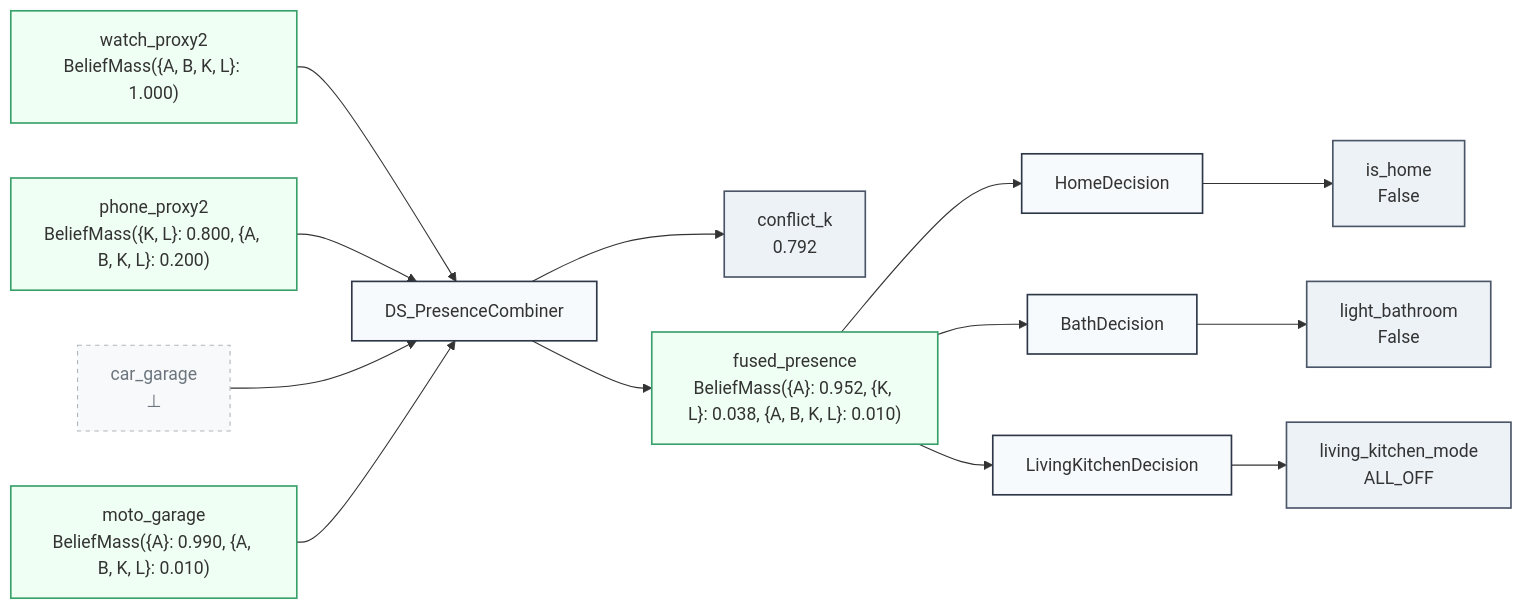
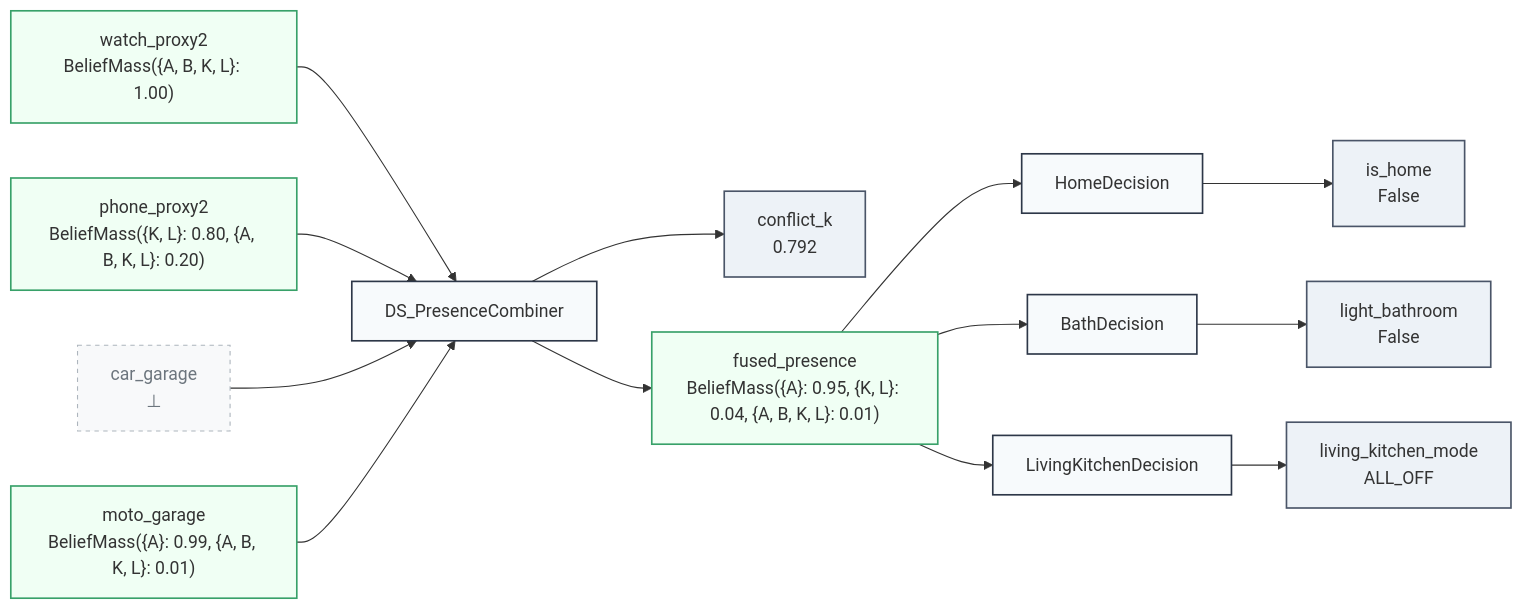
One commit to dougransom/lattice-propagator changed the diagram in docs/assets/evidence_presence_network.mmd. Above: the diagram before and after it, drawn with Mermaid. The commit also changed 39 other files, not shown here.

First line of the commit message:
feat(primitives,docs): add AllDistinctPropagator, DelayedPropagator, tree_reduce/tree_sum, polymorphic graph, and relocate schematics

````diff
--- a/docs/assets/evidence_presence_network.mmd
+++ b/docs/assets/evidence_presence_network.mmd
@@ -1,38 +1,38 @@
 ```mermaid
 graph LR
   classDef bottom fill:#f8f9fa,stroke:#adb5bd,stroke-dasharray: 4 4,color:#6c757d;
   classDef contradiction fill:#fff5f5,stroke:#e53e3e,stroke-width:2px,color:#9b2c2c;
   classDef interval fill:#ebf8ff,stroke:#3182ce,stroke-width:1.5px;
   classDef gaussian fill:#f0fff4,stroke:#38a169,stroke-width:1.5px;
   classDef discrete fill:#faf5ff,stroke:#805ad5,stroke-width:1.5px;
   classDef cell fill:#edf2f7,stroke:#4a5568,stroke-width:1.5px;
   classDef value fill:#edf2f7,stroke:#4a5568,stroke-width:1.5px;
   classDef set fill:#faf5ff,stroke:#805ad5,stroke-width:1.5px;
   classDef belief fill:#f0fff4,stroke:#38a169,stroke-width:1.5px;
   classDef propagator fill:#f7fafc,stroke:#2d3748,stroke-width:1.5px;
   C_car_garage["car_garage<br/>⊥"]:::bottom
   C_conflict_k["conflict_k<br/>0.792"]:::value
-  C_fused_presence["fused_presence<br/>BeliefMass({A}: 0.952, {K, L}: 0.038, {A, B, K, L}: 0.010)"]:::belief
+  C_fused_presence["fused_presence<br/>BeliefMass({A}: 0.95, {K, L}: 0.04, {A, B, K, L}: 0.01)"]:::belief
   C_is_home["is_home<br/>False"]:::value
   C_light_bathroom["light_bathroom<br/>False"]:::value
   C_living_kitchen_mode["living_kitchen_mode<br/>ALL_OFF"]:::value
-  C_moto_garage["moto_garage<br/>BeliefMass({A}: 0.990, {A, B, K, L}: 0.010)"]:::belief
-  C_phone_proxy2["phone_proxy2<br/>BeliefMass({K, L}: 0.800, {A, B, K, L}: 0.200)"]:::belief
-  C_watch_proxy2["watch_proxy2<br/>BeliefMass({A, B, K, L}: 1.000)"]:::belief
+  C_moto_garage["moto_garage<br/>BeliefMass({A}: 0.99, {A, B, K, L}: 0.01)"]:::belief
+  C_phone_proxy2["phone_proxy2<br/>BeliefMass({K, L}: 0.80, {A, B, K, L}: 0.20)"]:::belief
+  C_watch_proxy2["watch_proxy2<br/>BeliefMass({A, B, K, L}: 1.00)"]:::belief
   P_BathDecision["BathDecision"]:::propagator
   P_DS_PresenceCombiner["DS_PresenceCombiner"]:::propagator
   P_HomeDecision["HomeDecision"]:::propagator
   P_LivingKitchenDecision["LivingKitchenDecision"]:::propagator
   C_watch_proxy2 --> P_DS_PresenceCombiner
   C_phone_proxy2 --> P_DS_PresenceCombiner
   C_car_garage --> P_DS_PresenceCombiner
   C_moto_garage --> P_DS_PresenceCombiner
   P_DS_PresenceCombiner --> C_fused_presence
   P_DS_PresenceCombiner --> C_conflict_k
   C_fused_presence --> P_HomeDecision
   P_HomeDecision --> C_is_home
   C_fused_presence --> P_BathDecision
   P_BathDecision --> C_light_bathroom
   C_fused_presence --> P_LivingKitchenDecision
   P_LivingKitchenDecision --> C_living_kitchen_mode
 ```
````
